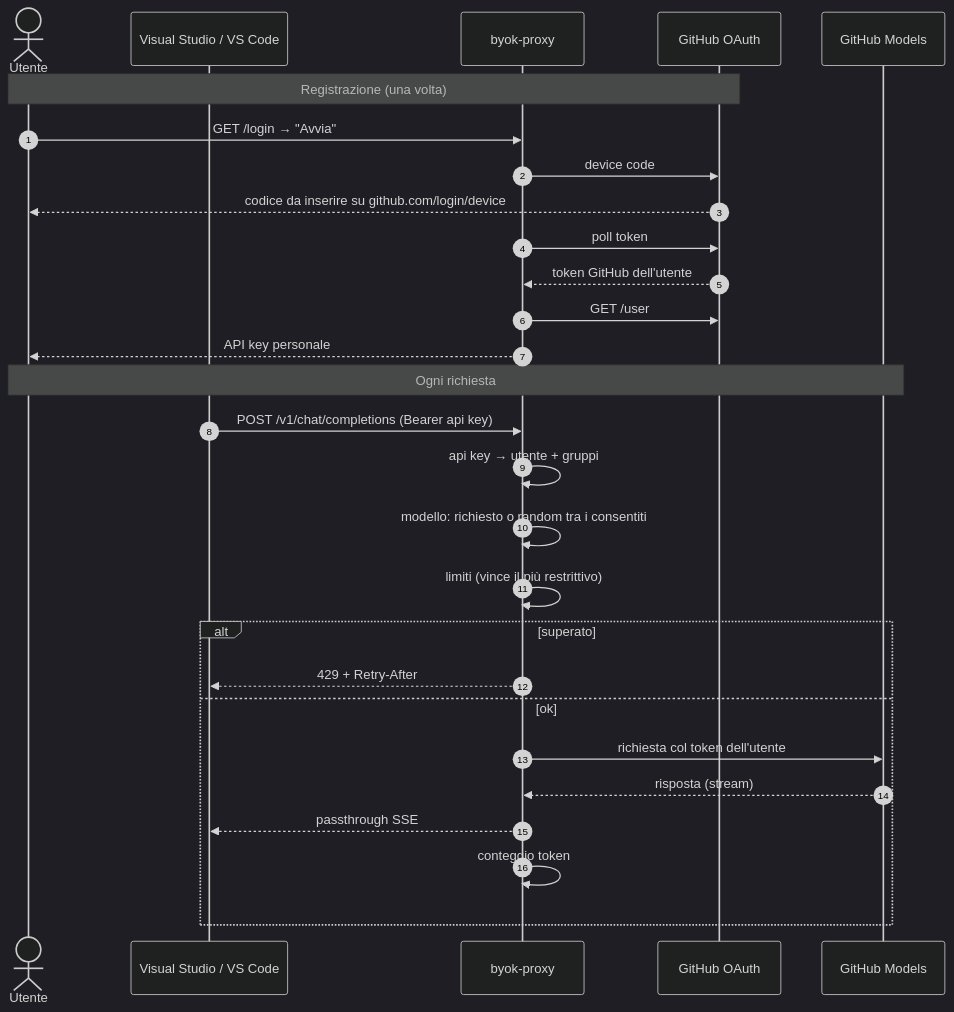
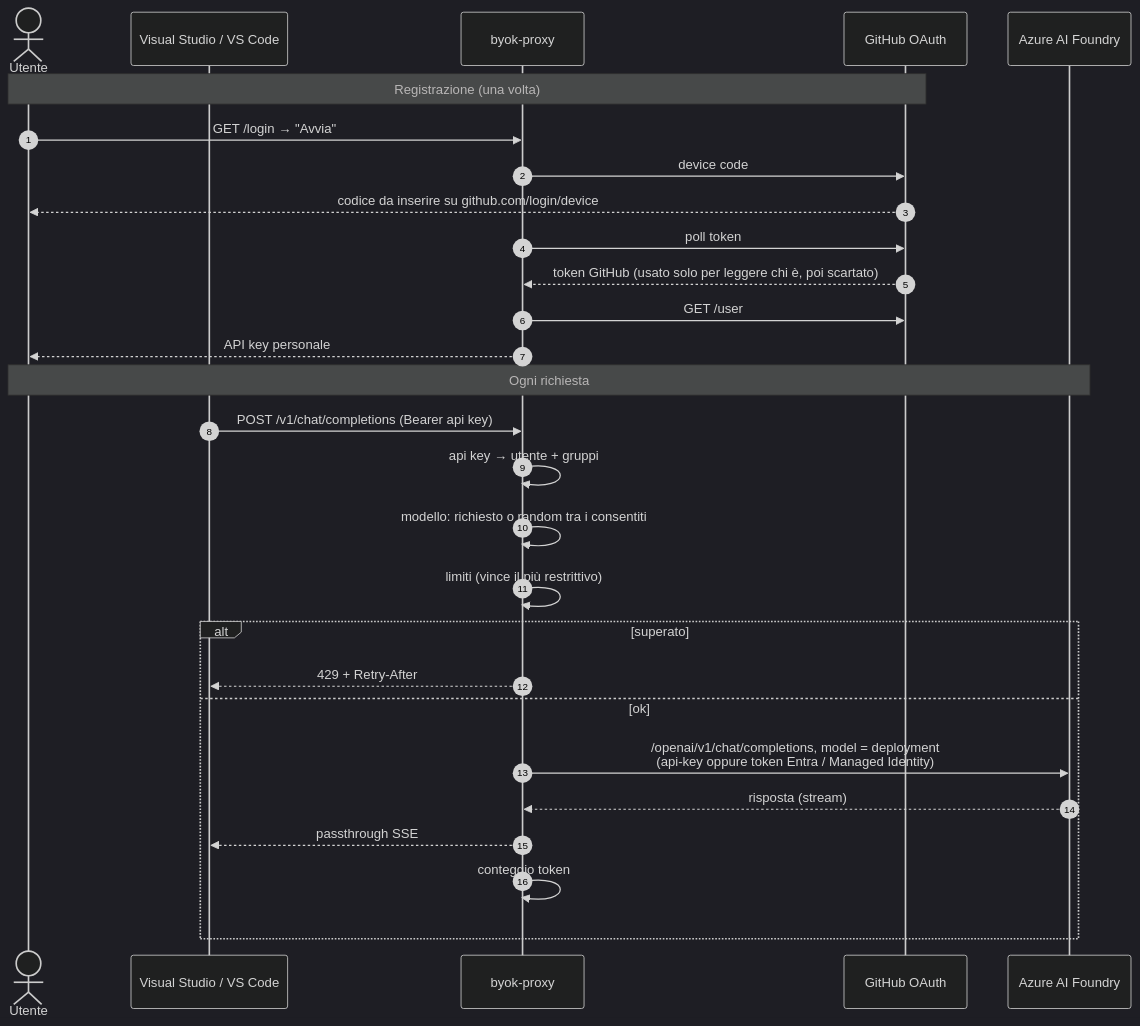
One commit to marmancsisal/opencode changed the diagram in byok-proxy/README.md. Above: the diagram before and after it, drawn with Mermaid (dark theme). The commit also changed other lines of this file and 28 other files, not shown here.

First line of the commit message:
Provider Azure AI Foundry, immagine Docker e test end-to-end del container

````diff
--- a/byok-proxy/README.md
+++ b/byok-proxy/README.md
@@ -24,32 +20,32 @@
 ```mermaid
 sequenceDiagram
     autonumber
     actor U as Utente
     participant VS as Visual Studio / VS Code
     participant P as byok-proxy
     participant GH as GitHub OAuth
-    participant M as GitHub Models
+    participant M as Azure AI Foundry
 
     Note over U,GH: Registrazione (una volta)
     U->>P: GET /login → "Avvia"
     P->>GH: device code
     GH-->>U: codice da inserire su github.com/login/device
     P->>GH: poll token
-    GH-->>P: token GitHub dell'utente
+    GH-->>P: token GitHub (usato solo per leggere chi è, poi scartato)
     P->>GH: GET /user
     P-->>U: API key personale
 
     Note over U,M: Ogni richiesta
     VS->>P: POST /v1/chat/completions (Bearer api key)
     P->>P: api key → utente + gruppi
     P->>P: modello: richiesto o random tra i consentiti
     P->>P: limiti (vince il più restrittivo)
     alt superato
         P-->>VS: 429 + Retry-After
     else ok
-        P->>M: richiesta col token dell'utente
+        P->>M: /openai/v1/chat/completions, model = deployment<br/>(api-key oppure token Entra / Managed Identity)
         M-->>P: risposta (stream)
         P-->>VS: passthrough SSE
         P->>P: conteggio token
     end
 ```
````
